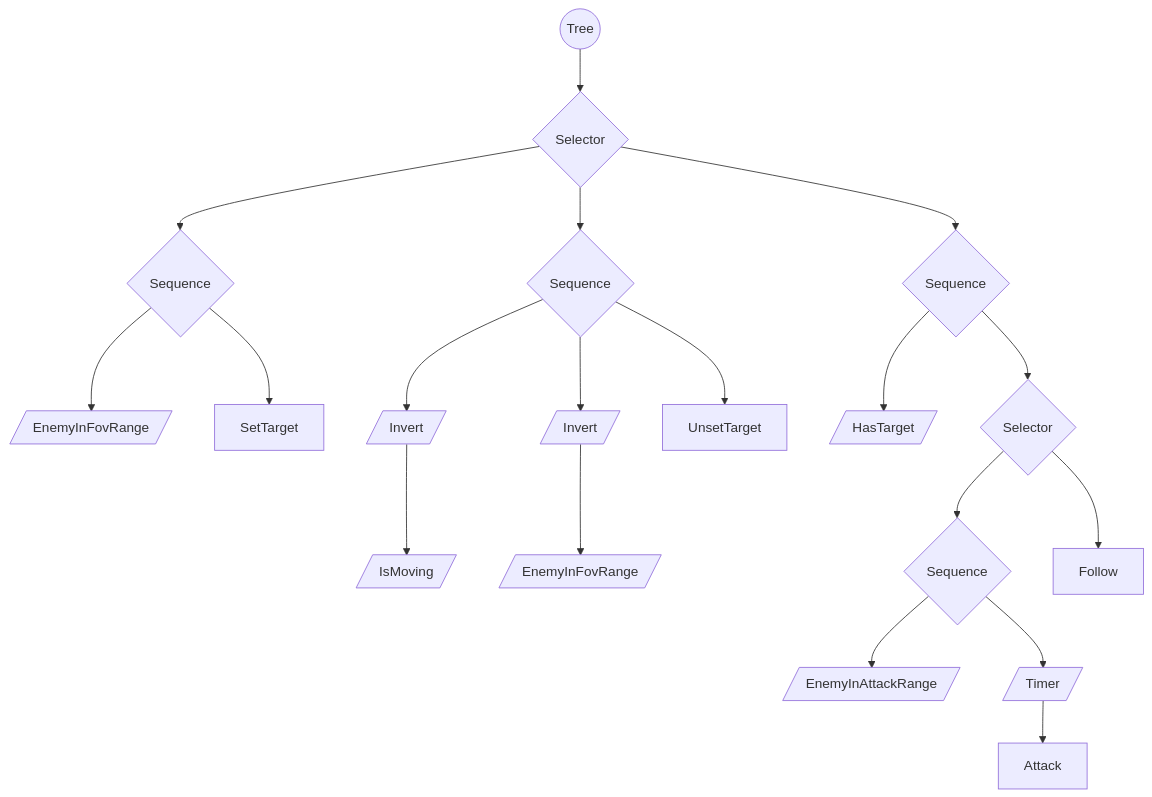
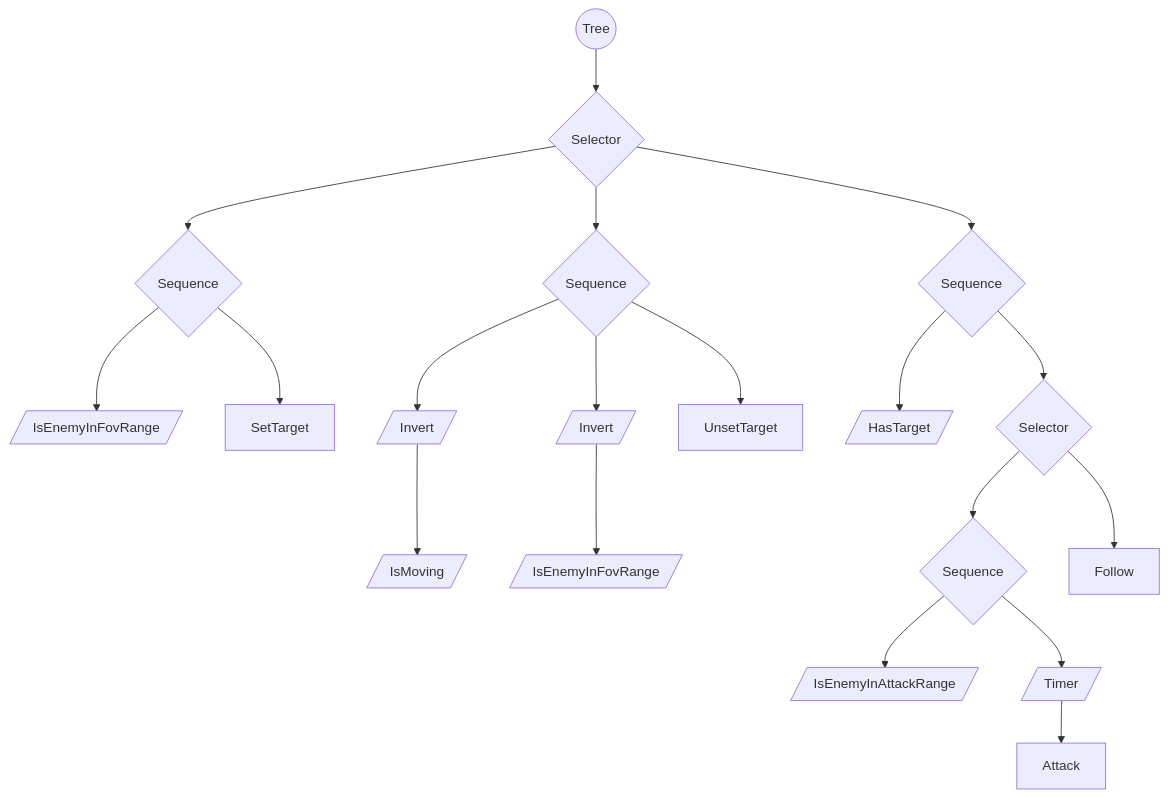
The second of 2 diagrams in BEHAVIOURTREES.md (stevensnoeijen/DraculaReignOfTerrorRemake), drawn with Mermaid before and after one commit.

Commit message:
refactor: rename some Behavoir tree check nodes

````diff
--- a/BEHAVIOURTREES.md
+++ b/BEHAVIOURTREES.md
@@ -15,42 +15,42 @@
 ```mermaid
 flowchart TD
 Tree((Tree))
   Selector1{Selector}
     Sequence1{Sequence}
-      EnemyInFovRange1[/EnemyInFovRange/]
+      IsEnemyInFovRange1[/IsEnemyInFovRange/]
       SetTarget[SetTarget]
     Sequence2{Sequence}
       Inverter1[/Invert/]
         IsMoving[/IsMoving/]
       Inverter2[/Invert/]
-        EnemyInFovRange2[/EnemyInFovRange/]
+        IsEnemyInFovRange2[/IsEnemyInFovRange/]
       UnsetTarget[UnsetTarget]
     Sequence3{Sequence}
       HasTarget[/HasTarget/]
       Selector2{Selector}
         Sequence4{Sequence}
-        EnemyInAttackRange[/EnemyInAttackRange/]
+        IsEnemyInAttackRange[/IsEnemyInAttackRange/]
         Timer[/Timer/]
           Attack[Attack]
         Follow[Follow]
 
 Tree --> Selector1
   Selector1 --> Sequence1
-    Sequence1 --> EnemyInFovRange1
+    Sequence1 --> IsEnemyInFovRange1
     Sequence1 --> SetTarget
   Selector1 --> Sequence2
     Sequence2 --> Inverter1
     Inverter1 --> IsMoving
     Sequence2 --> Inverter2
-      Inverter2 --> EnemyInFovRange2
+      Inverter2 --> IsEnemyInFovRange2
     Sequence2 --> UnsetTarget
   Selector1 --> Sequence3
     Sequence3 --> HasTarget
     Sequence3 --> Selector2
       Selector2 --> Sequence4
-        Sequence4 --> EnemyInAttackRange
+        Sequence4 --> IsEnemyInAttackRange
         Sequence4 --> Timer
           Timer --> Attack
       Selector2 --> Follow
  
 ```
````
